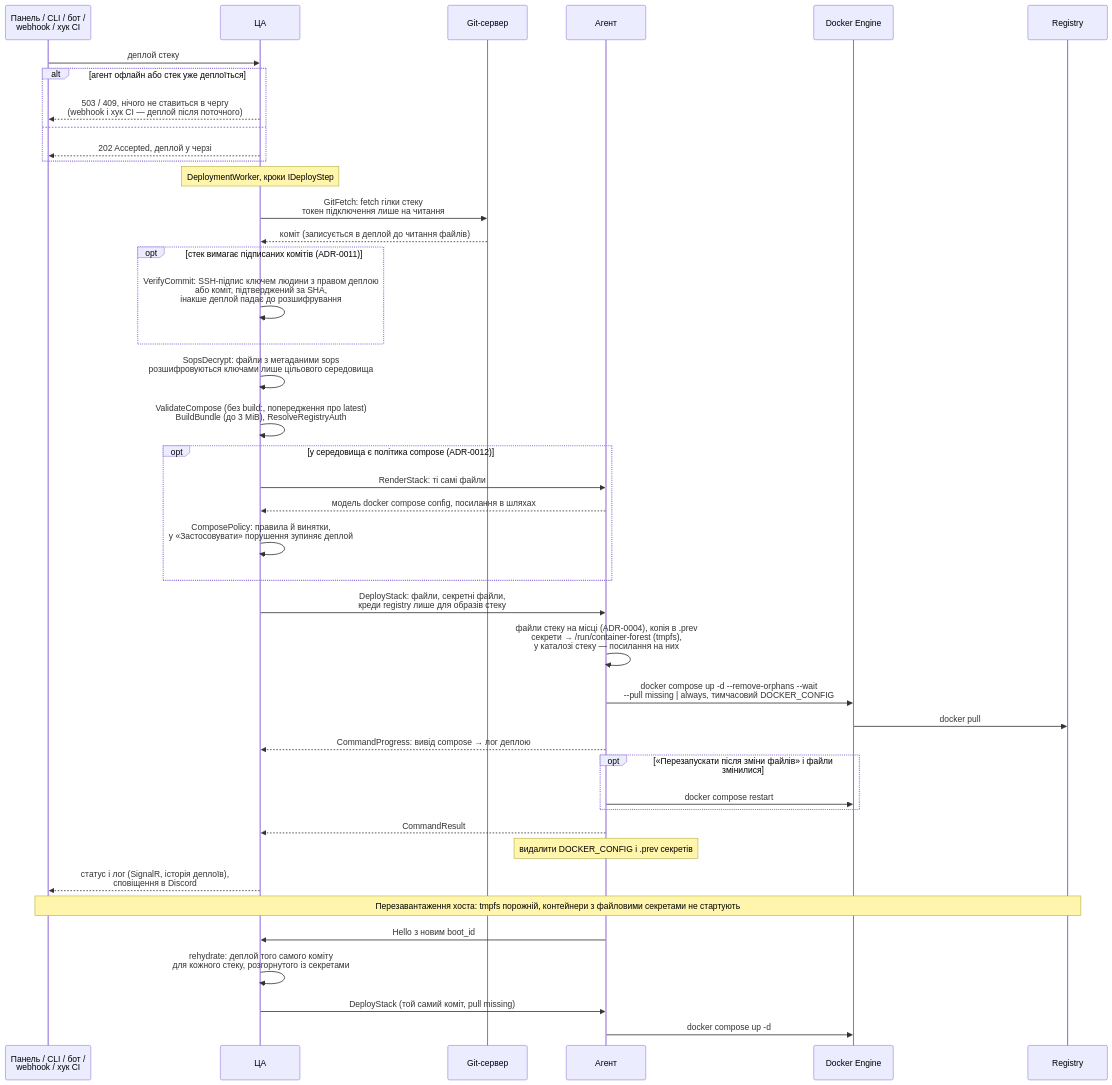
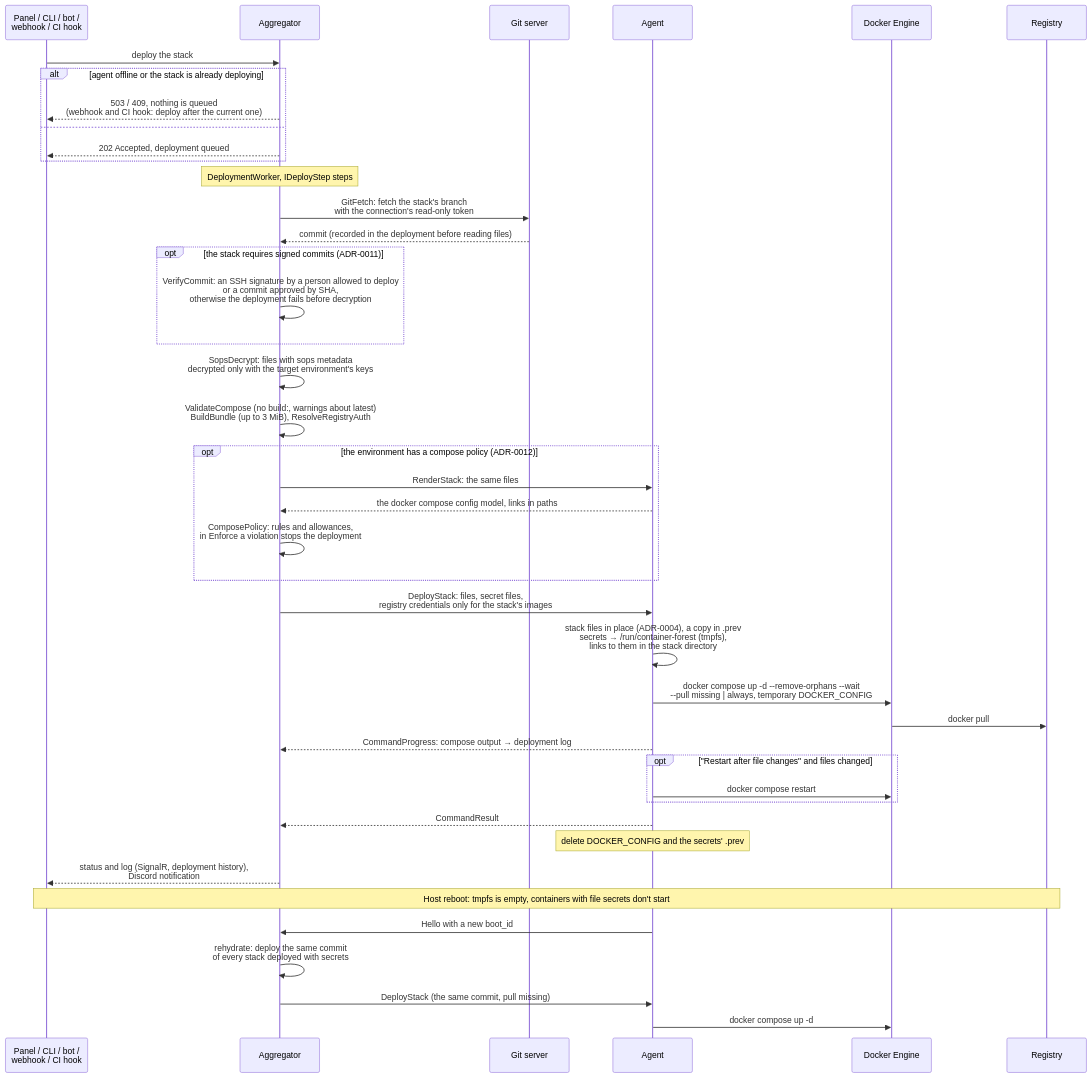
The second of 2 diagrams in docs/architecture.md (container-forest/container-forest), drawn with Mermaid before and after one commit. The commit also changed other lines of this file and 1 other file, not shown here.

First line of the commit message:
docs: translate the architecture and implementation status to English

````diff
--- a/docs/architecture.md
+++ b/docs/architecture.md
@@ -172,46 +172,46 @@
 ```mermaid
 sequenceDiagram
-  participant T as Панель / CLI / бот /<br/>webhook / хук CI
-  participant CA as ЦА
-  participant G as Git-сервер
-  participant A as Агент
+  participant T as Panel / CLI / bot /<br/>webhook / CI hook
+  participant CA as Aggregator
+  participant G as Git server
+  participant A as Agent
   participant D as Docker Engine
   participant R as Registry
 
-  T->>CA: деплой стеку
-  alt агент офлайн або стек уже деплоїться
-    CA-->>T: 503 / 409, нічого не ставиться в чергу<br/>(webhook і хук CI — деплой після поточного)
+  T->>CA: deploy the stack
+  alt agent offline or the stack is already deploying
+    CA-->>T: 503 / 409, nothing is queued<br/>(webhook and CI hook: deploy after the current one)
   else
-    CA-->>T: 202 Accepted, деплой у черзі
+    CA-->>T: 202 Accepted, deployment queued
   end
-  Note over CA: DeploymentWorker, кроки IDeployStep
-  CA->>G: GitFetch: fetch гілки стеку<br/>токен підключення лише на читання
-  G-->>CA: коміт (записується в деплой до читання файлів)
-  opt стек вимагає підписаних комітів (ADR-0011)
-    CA->>CA: VerifyCommit: SSH-підпис ключем людини з правом деплою<br/>або коміт, підтверджений за SHA,<br/>інакше деплой падає до розшифрування
+  Note over CA: DeploymentWorker, IDeployStep steps
+  CA->>G: GitFetch: fetch the stack's branch<br/>with the connection's read-only token
+  G-->>CA: commit (recorded in the deployment before reading files)
+  opt the stack requires signed commits (ADR-0011)
+    CA->>CA: VerifyCommit: an SSH signature by a person allowed to deploy<br/>or a commit approved by SHA,<br/>otherwise the deployment fails before decryption
   end
-  CA->>CA: SopsDecrypt: файли з метаданими sops<br/>розшифровуються ключами лише цільового середовища
-  CA->>CA: ValidateCompose (без build:, попередження про latest)<br/>BuildBundle (до 3 MiB), ResolveRegistryAuth
-  opt у середовища є політика compose (ADR-0012)
-    CA->>A: RenderStack: ті самі файли
-    A-->>CA: модель docker compose config, посилання в шляхах
-    CA->>CA: ComposePolicy: правила й винятки,<br/>у «Застосовувати» порушення зупиняє деплой
+  CA->>CA: SopsDecrypt: files with sops metadata<br/>decrypted only with the target environment's keys
+  CA->>CA: ValidateCompose (no build:, warnings about latest)<br/>BuildBundle (up to 3 MiB), ResolveRegistryAuth
+  opt the environment has a compose policy (ADR-0012)
+    CA->>A: RenderStack: the same files
+    A-->>CA: the docker compose config model, links in paths
+    CA->>CA: ComposePolicy: rules and allowances,<br/>in Enforce a violation stops the deployment
   end
-  CA->>A: DeployStack: файли, секретні файли,<br/>креди registry лише для образів стеку
-  A->>A: файли стеку на місці (ADR-0004), копія в .prev<br/>секрети → /run/container-forest (tmpfs),<br/>у каталозі стеку — посилання на них
-  A->>D: docker compose up -d --remove-orphans --wait<br/>--pull missing | always, тимчасовий DOCKER_CONFIG
+  CA->>A: DeployStack: files, secret files,<br/>registry credentials only for the stack's images
+  A->>A: stack files in place (ADR-0004), a copy in .prev<br/>secrets → /run/container-forest (tmpfs),<br/>links to them in the stack directory
+  A->>D: docker compose up -d --remove-orphans --wait<br/>--pull missing | always, temporary DOCKER_CONFIG
   D->>R: docker pull
-  A-->>CA: CommandProgress: вивід compose → лог деплою
-  opt «Перезапускати після зміни файлів» і файли змінилися
+  A-->>CA: CommandProgress: compose output → deployment log
+  opt "Restart after file changes" and files changed
     A->>D: docker compose restart
   end
   A-->>CA: CommandResult
-  Note over A: видалити DOCKER_CONFIG і .prev секретів
-  CA-->>T: статус і лог (SignalR, історія деплоїв),<br/>сповіщення в Discord
+  Note over A: delete DOCKER_CONFIG and the secrets' .prev
+  CA-->>T: status and log (SignalR, deployment history),<br/>Discord notification
 
-  Note over T,R: Перезавантаження хоста: tmpfs порожній, контейнери з файловими секретами не стартують
-  A->>CA: Hello з новим boot_id
-  CA->>CA: rehydrate: деплой того самого коміту<br/>для кожного стеку, розгорнутого із секретами
-  CA->>A: DeployStack (той самий коміт, pull missing)
+  Note over T,R: Host reboot: tmpfs is empty, containers with file secrets don't start
+  A->>CA: Hello with a new boot_id
+  CA->>CA: rehydrate: deploy the same commit<br/>of every stack deployed with secrets
+  CA->>A: DeployStack (the same commit, pull missing)
   A->>D: docker compose up -d
 ```
````
